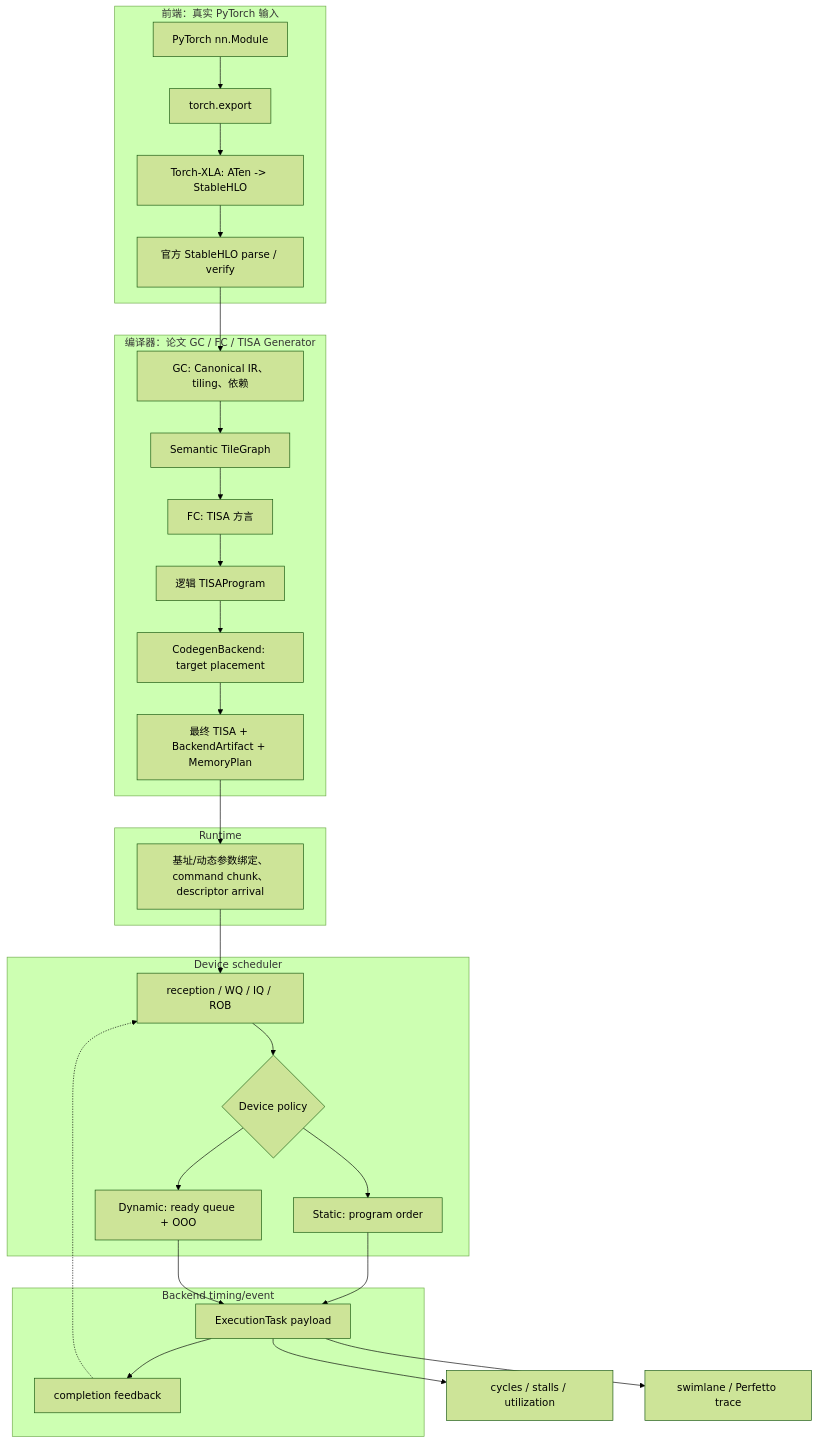
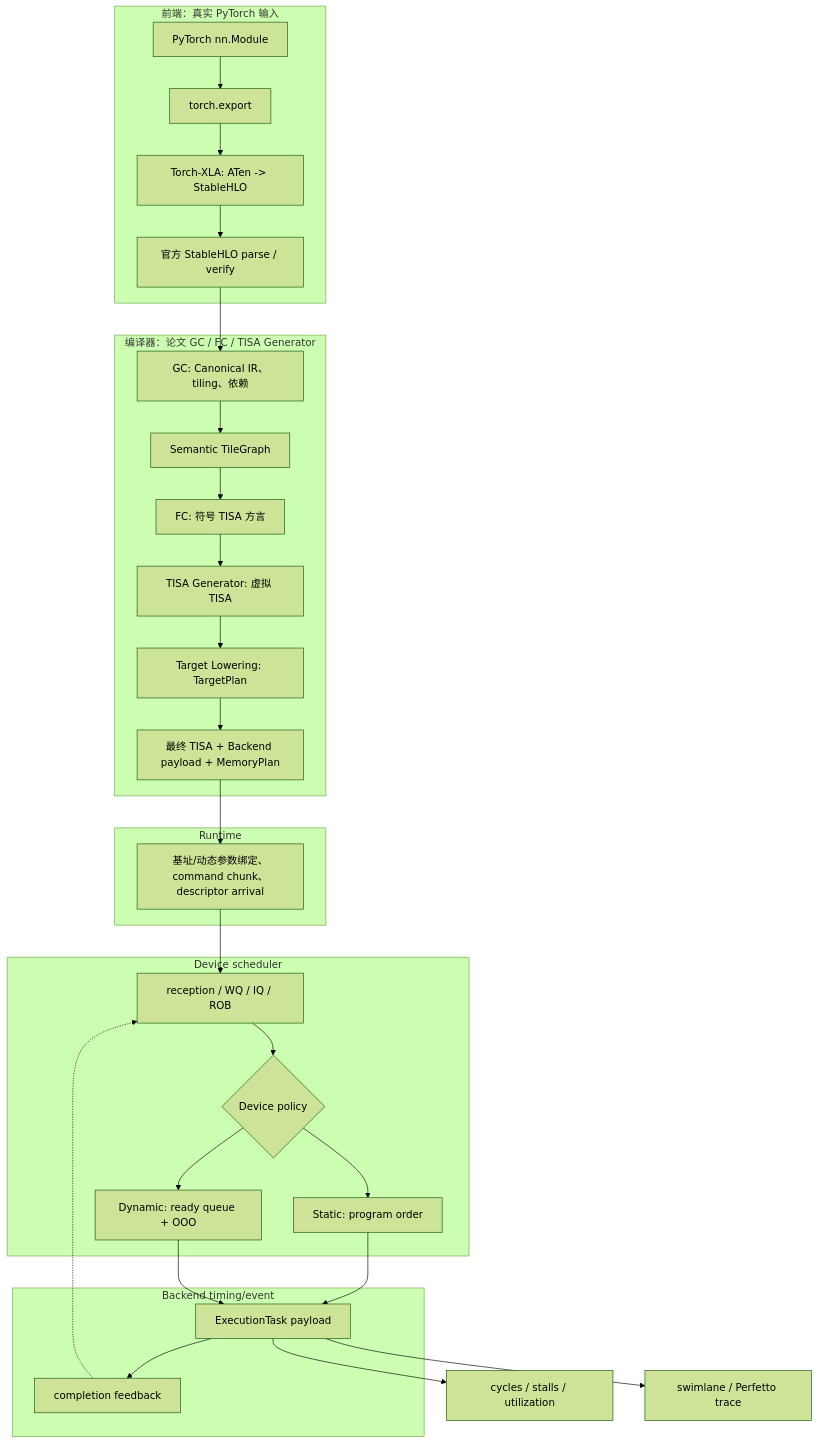
Before and after one commit to cxjiang-bk/npu-ooo-simulator: the diagram in docs/architecture.md, drawn with Mermaid (forest theme). The commit also changed other lines of this file and 28 other files, not shown here.

````diff
--- a/docs/architecture.md
+++ b/docs/architecture.md
@@ -5,38 +5,38 @@
 ```mermaid
 flowchart TB
     subgraph Frontend[前端：真实 PyTorch 输入]
         A[PyTorch nn.Module] --> B[torch.export]
         B --> C[Torch-XLA: ATen -> StableHLO]
         C --> D[官方 StableHLO parse / verify]
     end
 
     subgraph Compiler[编译器：论文 GC / FC / TISA Generator]
         D --> E[GC: Canonical IR、tiling、依赖]
         E --> F[Semantic TileGraph]
-        F --> G[FC: TISA 方言]
-        G --> H[逻辑 TISAProgram]
-        H --> I[CodegenBackend: target placement]
-        I --> J[最终 TISA + BackendArtifact + MemoryPlan]
+        F --> G[FC: 符号 TISA 方言]
+        G --> H[TISA Generator: 虚拟 TISA]
+        H --> I[Target Lowering: TargetPlan]
+        I --> J[最终 TISA + Backend payload + MemoryPlan]
     end
 
     subgraph Runtime[Runtime]
         J --> K[基址/动态参数绑定、command chunk、descriptor arrival]
     end
 
     subgraph Device[Device scheduler]
         K --> L[reception / WQ / IQ / ROB]
         L --> M{Device policy}
         M --> N[Static: program order]
         M --> O[Dynamic: ready queue + OOO]
     end
 
     subgraph Backend[Backend timing/event]
         N --> P[ExecutionTask payload]
         O --> P
         P --> Q[completion feedback]
         Q -.-> L
     end
 
     P --> R[cycles / stalls / utilization]
     P --> S[swimlane / Perfetto trace]
 ```
````
